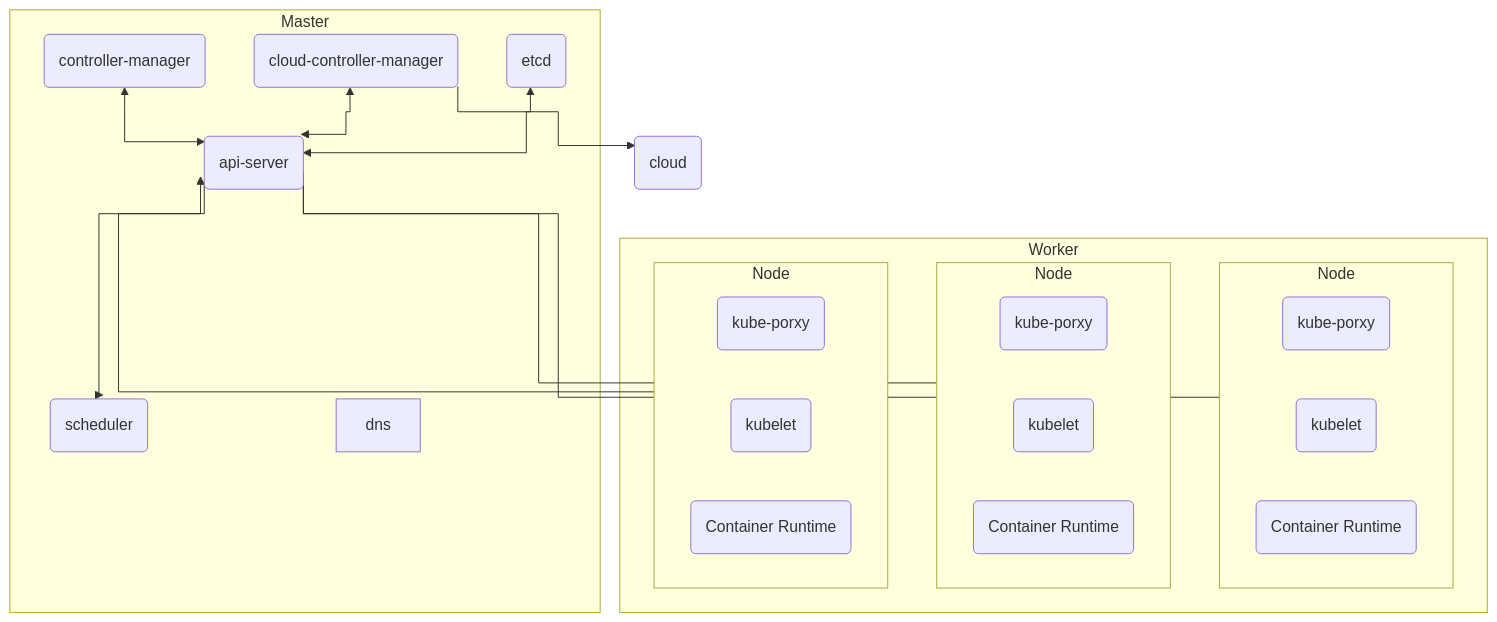
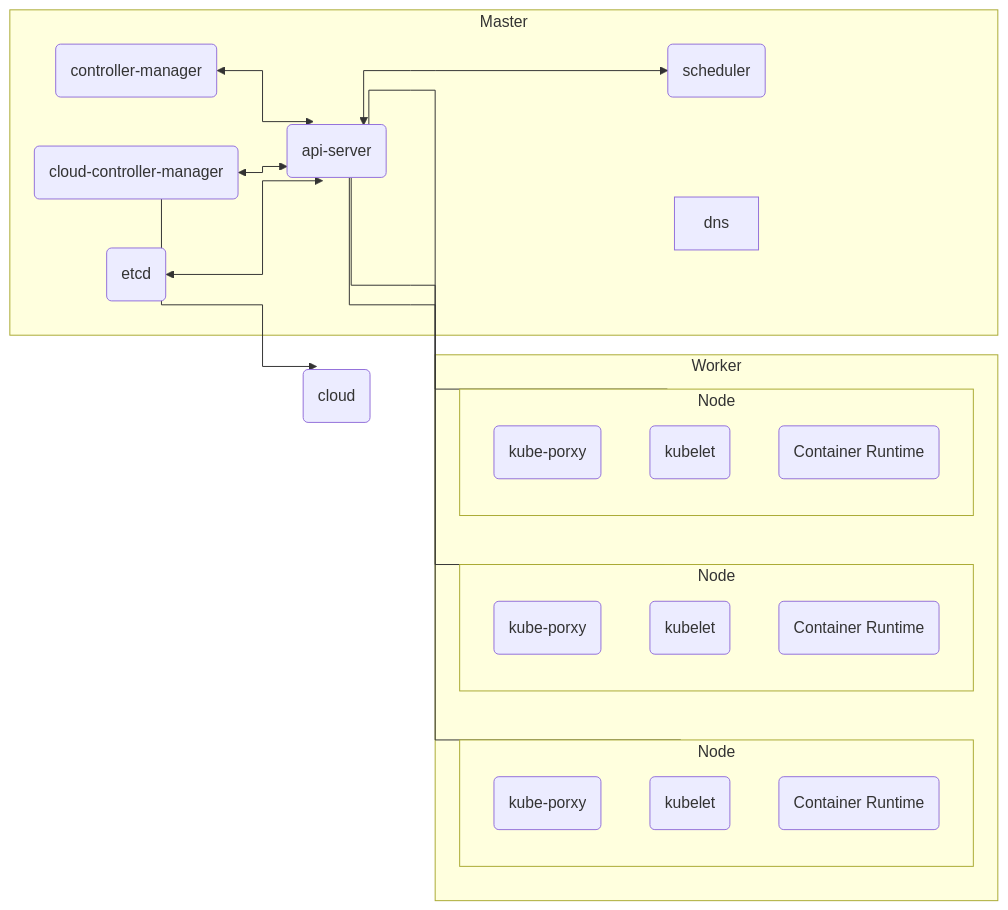
One commit to kanywst/mermaid-example changed the diagram in kubernetes/README.md. Above: the diagram before and after it, drawn with Mermaid.

````diff
--- a/kubernetes/README.md
+++ b/kubernetes/README.md
@@ -3,39 +3,39 @@
 ```mermaid
 %%{ init: { 'flowchart': { 'curve': 'stepBefore' } } }%%
-flowchart TB
+flowchart LR
     c(cloud)
     subgraph M[Master]
         cm(controller-manager)
         ccm(cloud-controller-manager)
         e(etcd)
         as(api-server)
         s(scheduler)
         dns
 
         cm <--> as
         ccm <--> as
         e <--> as
         as <--> s
     end
     subgraph W[Worker]
         subgraph N_1[Node]
             kp1(kube-porxy)
             kl1(kubelet)
             cr1(Container Runtime)
         end
         subgraph N_2[Node]
             kp2(kube-porxy)
             kl2(kubelet)
             cr2(Container Runtime)
         end
         subgraph N_3[Node]
             kp3(kube-porxy)
             kl3(kubelet)
             cr3(Container Runtime)
         end
     end
     ccm --> c
     as --- N_1
     as --- N_2
     as --- N_3
 ```
````
